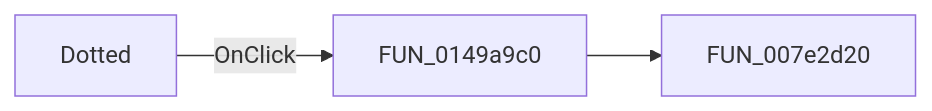
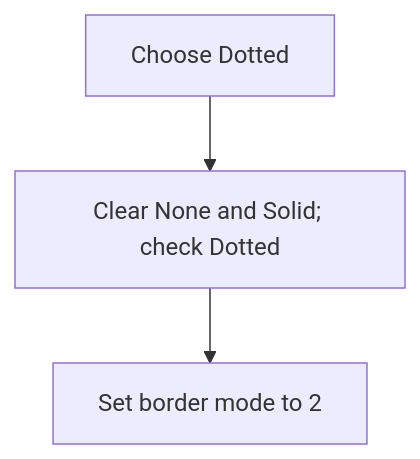
One commit to MovGP0/TIARA changed the diagram in docs/ui-controls/frmdesigntool/dottedmnu-8445a626ba.md. Above: the diagram before and after it, drawn with Mermaid. The commit also changed other lines of this file and 387 other files, not shown here.

````diff
--- a/docs/ui-controls/frmdesigntool/dottedmnu-8445a626ba.md
+++ b/docs/ui-controls/frmdesigntool/dottedmnu-8445a626ba.md
@@ -27,5 +27,5 @@
 ```mermaid
-flowchart LR
-    control["Dotted"] -->|OnClick| handler["FUN_0149a9c0"]
-    handler --> call1["FUN_007e2d20"]
+flowchart TD
+    click["Choose Dotted"] --> checks["Clear None and Solid; check Dotted"]
+    checks --> mode["Set border mode to 2"]
 ```
````
